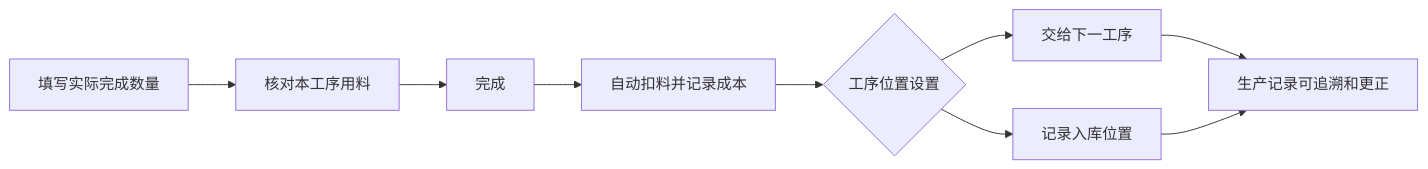
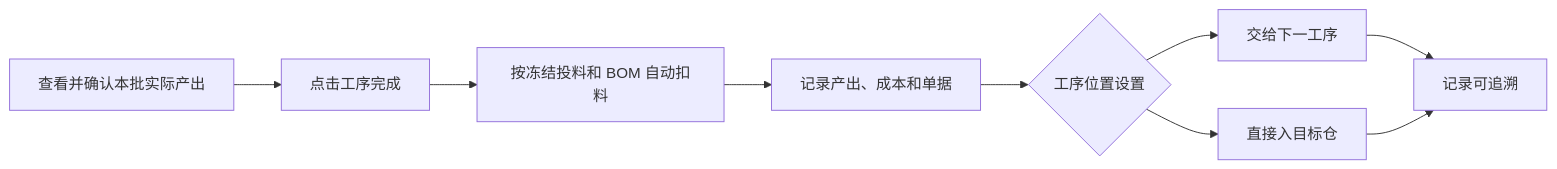
The first of 5 diagrams in orderapp-remote/docs/OP_MANUAL_PRODUCTION.md (Backstage2539/KFerp), drawn with Mermaid before and after one commit. The commit also changed other lines of this file and 36 other files, not shown here.

````diff
--- a/orderapp-remote/docs/OP_MANUAL_PRODUCTION.md
+++ b/orderapp-remote/docs/OP_MANUAL_PRODUCTION.md
@@ -24,11 +24,11 @@
 ```mermaid
 flowchart LR
-    A[填写实际完成数量] --> B[核对本工序用料]
-    B --> C[完成]
-    C --> D[自动扣料并记录成本]
+    A[查看并确认本批实际产出] --> B[点击工序完成]
+    B --> C[按冻结投料和 BOM 自动扣料]
+    C --> D[记录产出、成本和单据]
     D --> E{工序位置设置}
     E --> F[交给下一工序]
-    E --> G[记录入库位置]
-    F --> H[生产记录可追溯和更正]
+    E --> G[直接入目标仓]
+    F --> H[记录可追溯]
     G --> H
 ```
````
